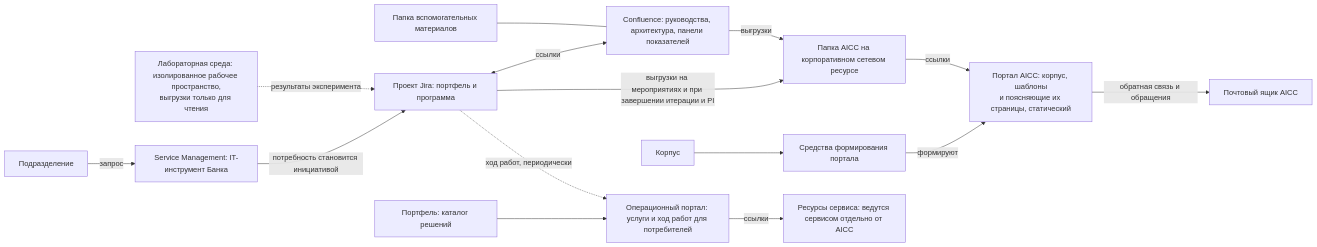
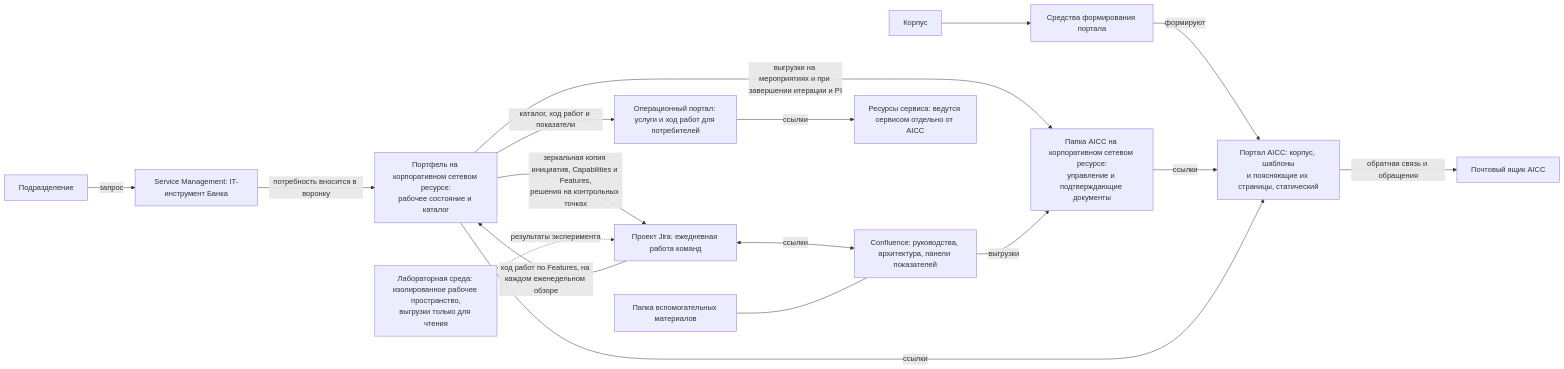
One commit to devhogu/ob-aicc changed the diagram in charter/ru/workflows/collaboration-tooling.md. Above: the diagram before and after it, drawn with Mermaid. The commit also changed other lines of this file and 365 other files, not shown here.

````diff
--- a/charter/ru/workflows/collaboration-tooling.md
+++ b/charter/ru/workflows/collaboration-tooling.md
@@ -17,17 +17,19 @@
 ```mermaid
 flowchart LR
   F["Подразделение"] -->|"запрос"| SM["Service Management: IT-инструмент Банка"]
-  SM -->|"потребность становится инициативой"| J["Проект Jira: портфель и программа"]
+  SM -->|"потребность вносится в воронку"| P["Портфель на корпоративном сетевом ресурсе:<br/>рабочее состояние и каталог"]
+  P -->|"зеркальная копия инициатив, Capabilities и Features,<br/>решения на контрольных точках"| J["Проект Jira: ежедневная работа команд"]
+  J -->|"ход работ по Features, на каждом еженедельном обзоре"| P
   J <-->|"ссылки"| C["Confluence: руководства, архитектура, панели показателей"]
   K["Папка вспомогательных материалов"] --- C
-  J -->|"выгрузки на мероприятиях и при завершении итерации и PI"| R["Папка AICC на корпоративном сетевом ресурсе"]
+  P -->|"выгрузки на мероприятиях и при завершении итерации и PI"| R["Папка AICC на корпоративном сетевом ресурсе:<br/>управление и подтверждающие документы"]
   C -->|"выгрузки"| R
   CH["Корпус"] --> PT["Средства формирования портала"]
   PT -->|"формируют"| AP["Портал AICC: корпус, шаблоны<br/>и поясняющие их страницы, статический"]
   R -->|"ссылки"| AP
+  P -->|"ссылки"| AP
   AP -->|"обратная связь и обращения"| MB["Почтовый ящик AICC"]
   LB["Лабораторная среда: изолированное рабочее пространство,<br/>выгрузки только для чтения"] -.->|"результаты эксперимента"| J
-  P["Портфель: каталог решений"] --> OP["Операционный портал: услуги и ход работ для потребителей"]
-  J -.->|"ход работ, периодически"| OP
+  P -->|"каталог, ход работ и показатели"| OP["Операционный портал: услуги и ход работ для потребителей"]
   OP -->|"ссылки"| SP["Ресурсы сервиса: ведутся сервисом отдельно от AICC"]
 ```
````
